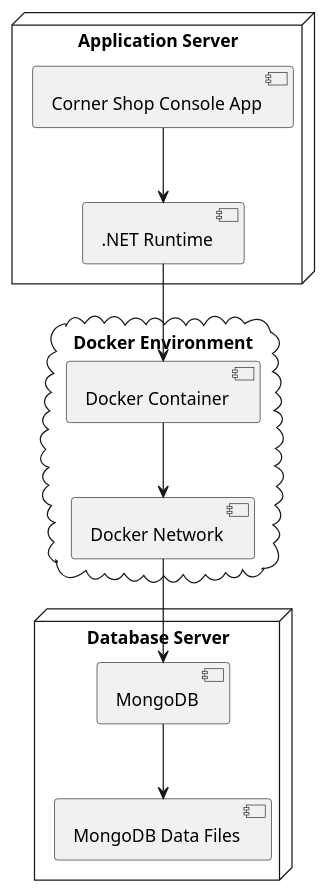
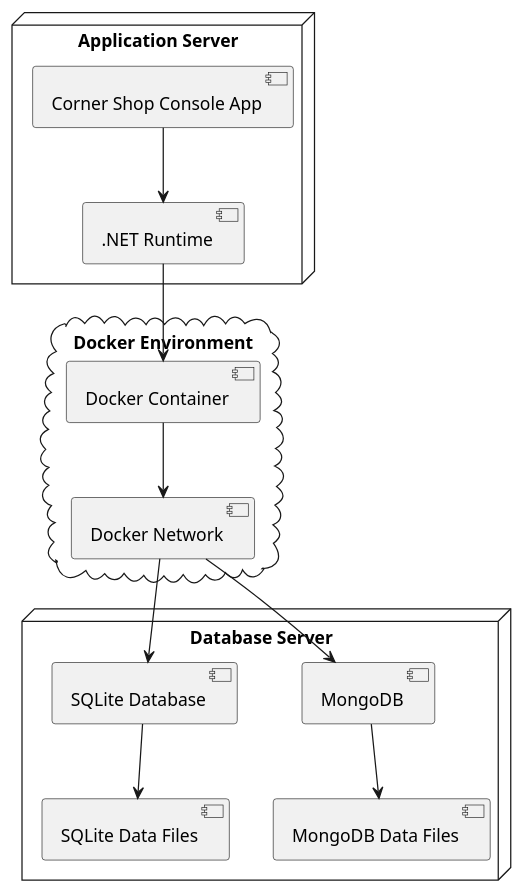
One commit to Reinemaker/LOG430_02_Lab1 changed the diagram in docs/UML/physical-view.puml. Above: the diagram before and after it, drawn with PlantUML. The commit also changed 36 other files, not shown here.

Commit message:
Ajustment were made to respects lab requirements, suchas ADR, UML, EF Core Addition, etc.

```diff
--- a/docs/UML/physical-view.puml
+++ b/docs/UML/physical-view.puml
@@ -1,24 +1,28 @@
 @startuml Physical View
 
 node "Application Server" {
     [Corner Shop Console App]
     [.NET Runtime]
 }
 
 node "Database Server" {
     [MongoDB]
     [MongoDB Data Files]
+    [SQLite Database]
+    [SQLite Data Files]
 }
 
 cloud "Docker Environment" {
     [Docker Container]
     [Docker Network]
 }
 
 [Corner Shop Console App] --> [.NET Runtime]
 [.NET Runtime] --> [Docker Container]
 [Docker Container] --> [Docker Network]
 [Docker Network] --> [MongoDB]
+[Docker Network] --> [SQLite Database]
 [MongoDB] --> [MongoDB Data Files]
+[SQLite Database] --> [SQLite Data Files]
 
 @enduml 
```
